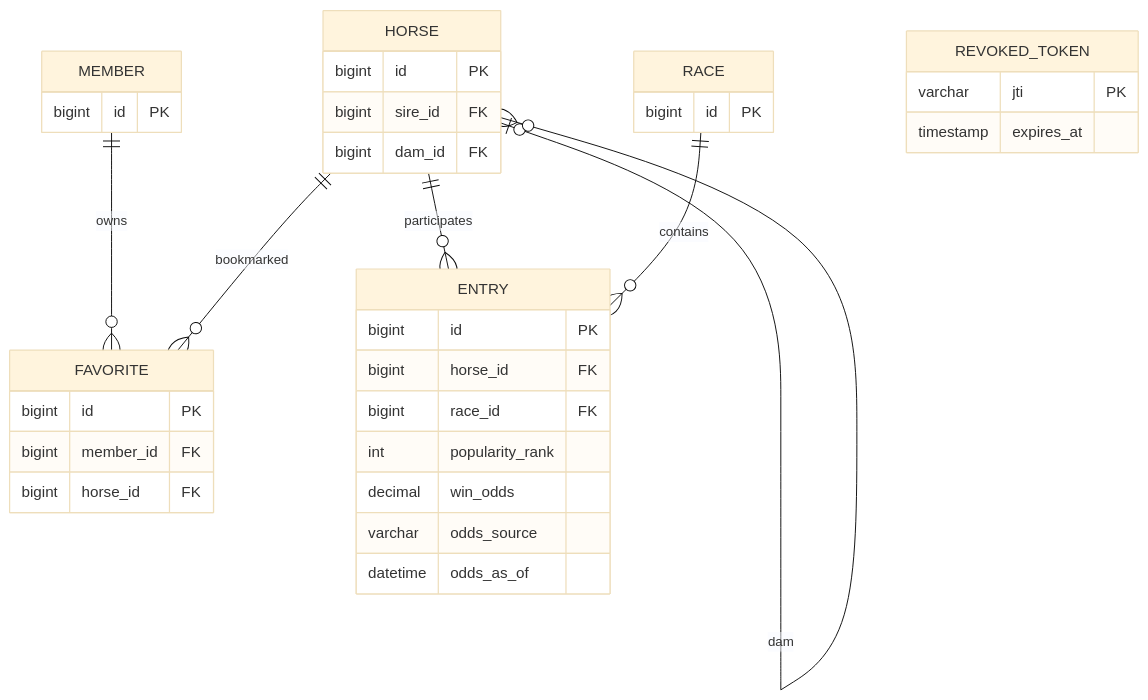
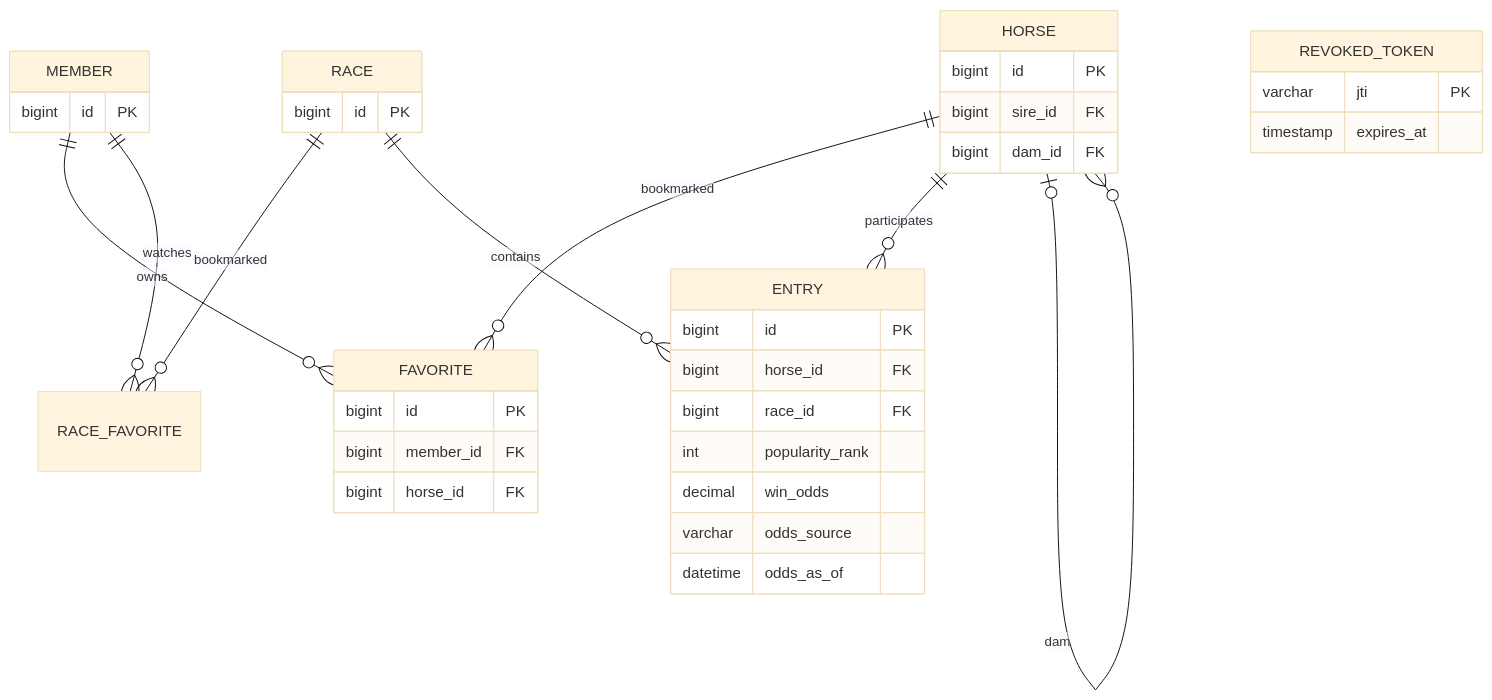
One commit to hsubin756-pixel/horse_racing_portal changed the diagram in ERD.md. Above: the diagram before and after it, drawn with Mermaid (base theme). The commit also changed other lines of this file and 27 other files, not shown here.

````diff
--- a/ERD.md
+++ b/ERD.md
@@ -2,26 +2,28 @@
 ```mermaid
 erDiagram
  MEMBER ||--o{ FAVORITE : owns
+ MEMBER ||--o{ RACE_FAVORITE : watches
+ RACE ||--o{ RACE_FAVORITE : bookmarked
  HORSE ||--o{ FAVORITE : bookmarked
  HORSE ||--o{ ENTRY : participates
  RACE ||--o{ ENTRY : contains
  HORSE o|--o{ HORSE : sire
  HORSE o|--o{ HORSE : dam
  MEMBER { bigint id PK }
  HORSE { bigint id PK
  bigint sire_id FK
  bigint dam_id FK }
  RACE { bigint id PK }
  ENTRY { bigint id PK
  bigint horse_id FK
  bigint race_id FK
  int popularity_rank
  decimal win_odds
  varchar odds_source
  datetime odds_as_of }
  FAVORITE { bigint id PK
  bigint member_id FK
  bigint horse_id FK }
  REVOKED_TOKEN { varchar jti PK
  timestamp expires_at }
 ```
````
